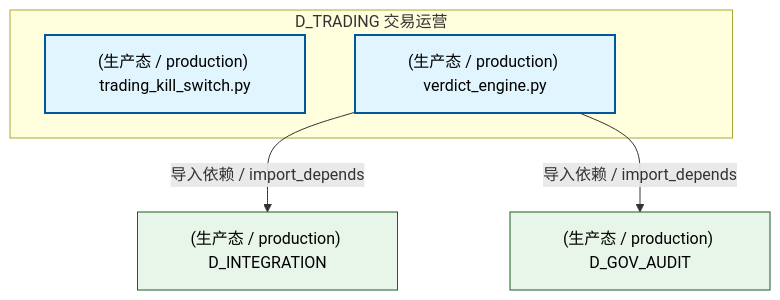
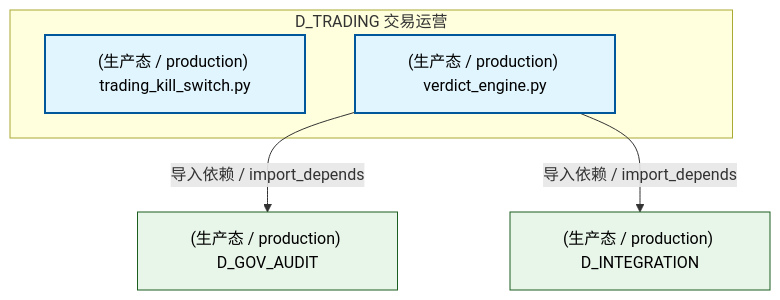
Before and after one commit to xuanFelixVan/ZephyrAlpha: the second of 5 diagrams in docs/02_enterprise_architecture/02_domain_architecture_docs/58_d_trading.md, drawn with Mermaid. The commit also changed other lines of this file and 87 other files, not shown here.

````diff
--- a/docs/02_enterprise_architecture/02_domain_architecture_docs/58_d_trading.md
+++ b/docs/02_enterprise_architecture/02_domain_architecture_docs/58_d_trading.md
@@ -193,17 +194,17 @@
 ```mermaid
 graph TD
     subgraph D_TRADING["D_TRADING 交易运营"]
         src_zephyr_trading_trading_contracts_risk_trading_kill_switch_py["(生产态 / production) trading_kill_switch.py"]
         src_zephyr_trading_verdict_engine_py["(生产态 / production) verdict_engine.py"]
     end
+    D_GOV_AUDIT["(生产态 / production) D_GOV_AUDIT"]
+    src_zephyr_trading_verdict_engine_py -->|导入依赖 / import_depends| D_GOV_AUDIT
     D_INTEGRATION["(生产态 / production) D_INTEGRATION"]
     src_zephyr_trading_verdict_engine_py -->|导入依赖 / import_depends| D_INTEGRATION
-    D_GOV_AUDIT["(生产态 / production) D_GOV_AUDIT"]
-    src_zephyr_trading_verdict_engine_py -->|导入依赖 / import_depends| D_GOV_AUDIT
     classDef production fill:#e1f5fe,stroke:#01579b,stroke-width:2px,color:#000
     classDef design fill:#fff3e0,stroke:#e65100,stroke-width:2px,color:#000,stroke-dasharray: 5 5
     classDef external_prod fill:#e8f5e9,stroke:#1b5e20,stroke-width:1px,color:#000
     classDef external_design fill:#fce4ec,stroke:#880e4f,stroke-width:1px,color:#000,stroke-dasharray: 5 5
     class src_zephyr_trading_trading_contracts_risk_trading_kill_switch_py,src_zephyr_trading_verdict_engine_py production
-    class D_INTEGRATION,D_GOV_AUDIT external_prod
+    class D_GOV_AUDIT,D_INTEGRATION external_prod
 ```
````
